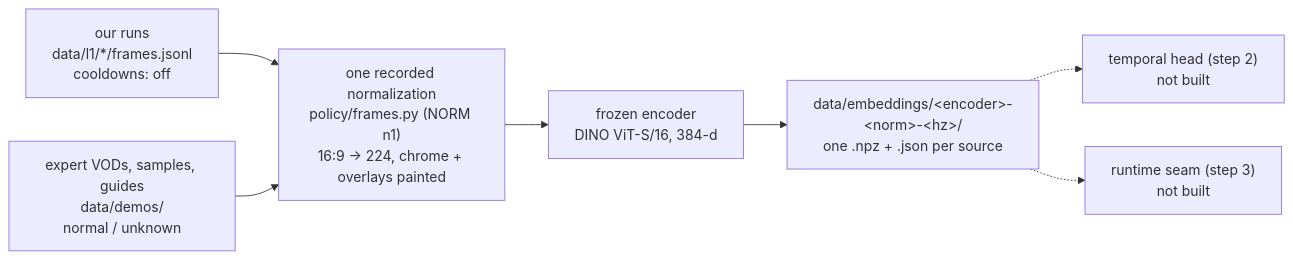
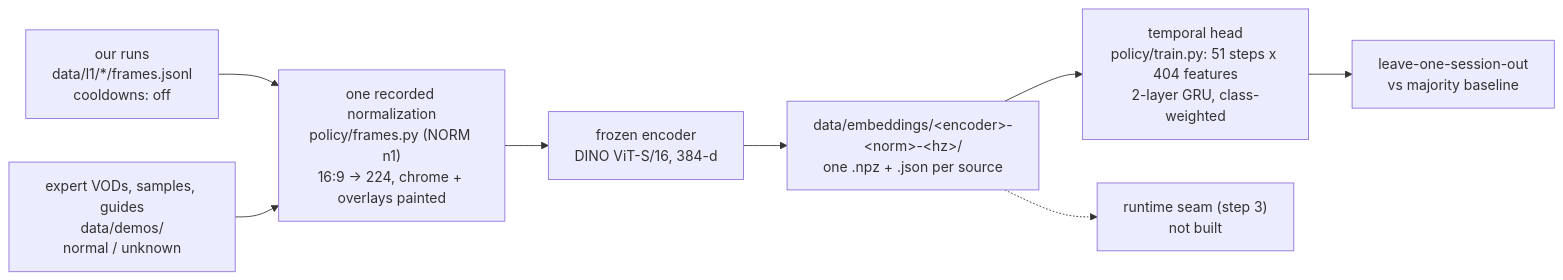
One commit to Volpestyle/rivals-agent changed the diagram in docs/lanes/policy.md. Above: the diagram before and after it, drawn with Mermaid. The commit also changed other lines of this file and 4 other files, not shown here.

First line of the commit message:
Policy lane, step 2: temporal head and session-held-out training; the pipeline fits, the data cannot generalize yet

````diff
--- a/docs/lanes/policy.md
+++ b/docs/lanes/policy.md
@@ -22,10 +24,11 @@
 ```mermaid
 flowchart LR
   R["our runs<br/>data/l1/*/frames.jsonl<br/>cooldowns: off"] --> N
   V["expert VODs, samples, guides<br/>data/demos/<br/>normal / unknown"] --> N
   N["one recorded normalization<br/>policy/frames.py (NORM n1)<br/>16:9 -> 224, chrome + overlays painted"] --> E
   E["frozen encoder<br/>DINO ViT-S/16, 384-d"] --> C
   C["data/embeddings/&lt;encoder&gt;-&lt;norm&gt;-&lt;hz&gt;/<br/>one .npz + .json per source"]
-  C -.-> T["temporal head (step 2)<br/>not built"]
+  C --> T["temporal head<br/>policy/train.py: 51 steps x 404 features<br/>2-layer GRU, class-weighted"]
+  T --> M["leave-one-session-out<br/>vs majority baseline"]
   C -.-> P["runtime seam (step 3)<br/>not built"]
 ```
````
